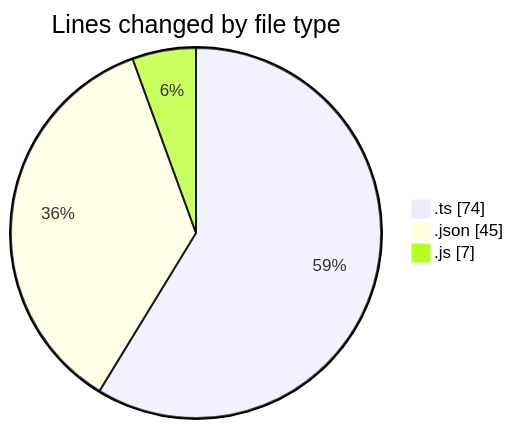
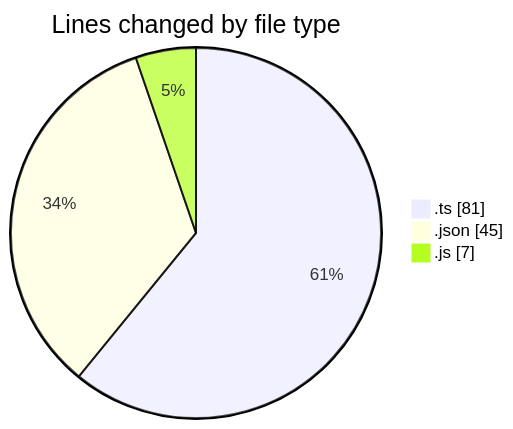
One commit to igalym/code-tracking changed the first of 2 diagrams in 2026-03-02/typescript/README.md. Above: the diagram before and after it, drawn with Mermaid. The commit also changed other lines of this file and 1 other file, not shown here.

````diff
--- a/2026-03-02/typescript/README.md
+++ b/2026-03-02/typescript/README.md
@@ -23,7 +23,7 @@
 ```mermaid
 pie showData
 title Lines changed by file type
-".ts" : 74
+".ts" : 81
 ".json" : 45
 ".js" : 7
 ```
````
